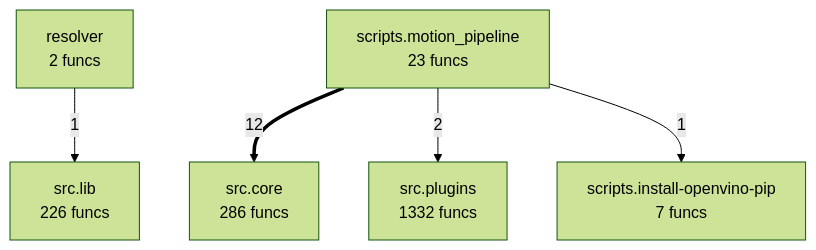
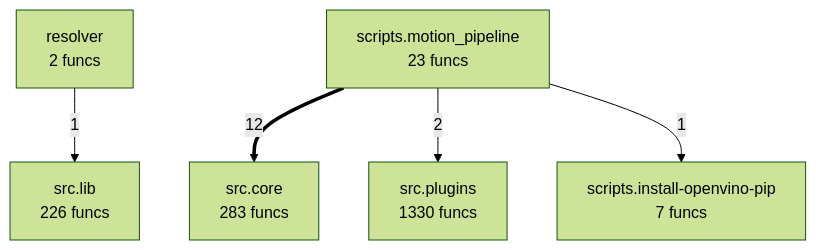
One commit to broxeen/broxeen changed the diagram in project/compact_flow.mmd. Above: the diagram before and after it, drawn with Mermaid (forest theme). The commit also changed 26 other files, not shown here.

```diff
--- a/project/compact_flow.mmd
+++ b/project/compact_flow.mmd
@@ -1,11 +1,11 @@
 flowchart TD
     resolver["resolver<br/>2 funcs"]
-    scripts_install_openvino_pip["scripts.install-openvino-pip<br/>7 funcs"]
-    scripts_motion_pipeline["scripts.motion_pipeline<br/>23 funcs"]
-    src_core["src.core<br/>286 funcs"]
-    src_lib["src.lib<br/>226 funcs"]
-    src_plugins["src.plugins<br/>1332 funcs"]
-    scripts_motion_pipeline ==>|12| src_core
-    scripts_motion_pipeline -->|2| src_plugins
-    scripts_motion_pipeline -->|1| scripts_install_openvino_pip
-    resolver -->|1| src_lib
+    scripts__install_openvino_pip["scripts.install-openvino-pip<br/>7 funcs"]
+    scripts__motion_pipeline["scripts.motion_pipeline<br/>23 funcs"]
+    src__core["src.core<br/>283 funcs"]
+    src__lib["src.lib<br/>226 funcs"]
+    src__plugins["src.plugins<br/>1330 funcs"]
+    scripts__motion_pipeline ==>|12| src__core
+    scripts__motion_pipeline -->|2| src__plugins
+    scripts__motion_pipeline -->|1| scripts__install_openvino_pip
+    resolver -->|1| src__lib
```
